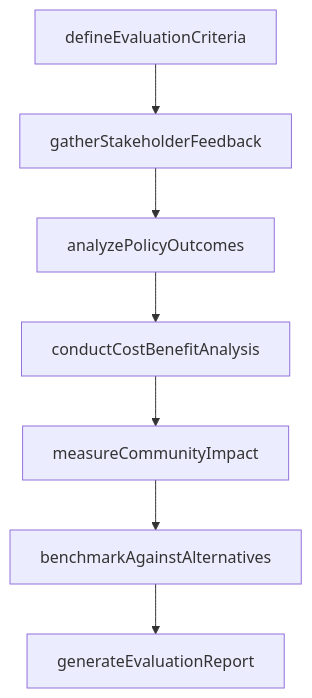
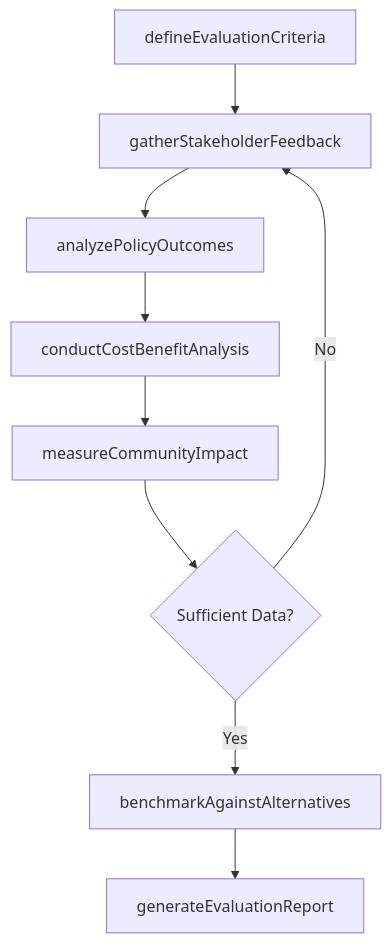
The third of 4 diagrams in JudgingTheQualitiesOfObjectsServicesOrPeople/EvaluateProgramsPracticesOrProcesses/EvaluateCivicProjectsPublicPolicies.mdx (dot-org-ai/tasks.org.ai), drawn with Mermaid before and after one commit. The commit also changed other lines of this file and 307 other files, not shown here.

First line of the commit message:
feat: Add ER diagrams and state diagrams to remaining 308 DWA task files (wave 3 complete)

````diff
--- a/JudgingTheQualitiesOfObjectsServicesOrPeople/EvaluateProgramsPracticesOrProcesses/EvaluateCivicProjectsPublicPolicies.mdx
+++ b/JudgingTheQualitiesOfObjectsServicesOrPeople/EvaluateProgramsPracticesOrProcesses/EvaluateCivicProjectsPublicPolicies.mdx
@@ -87,9 +114,11 @@
 ```mermaid
 graph TD
     A[defineEvaluationCriteria] --> B[gatherStakeholderFeedback]
     B --> C[analyzePolicyOutcomes]
     C --> D[conductCostBenefitAnalysis]
     D --> E[measureCommunityImpact]
-    E --> F[benchmarkAgainstAlternatives]
-    F --> G[generateEvaluationReport]
+    E --> F{Sufficient Data?}
+    F -->|No| B
+    F -->|Yes| G[benchmarkAgainstAlternatives]
+    G --> H[generateEvaluationReport]
 ```
````
